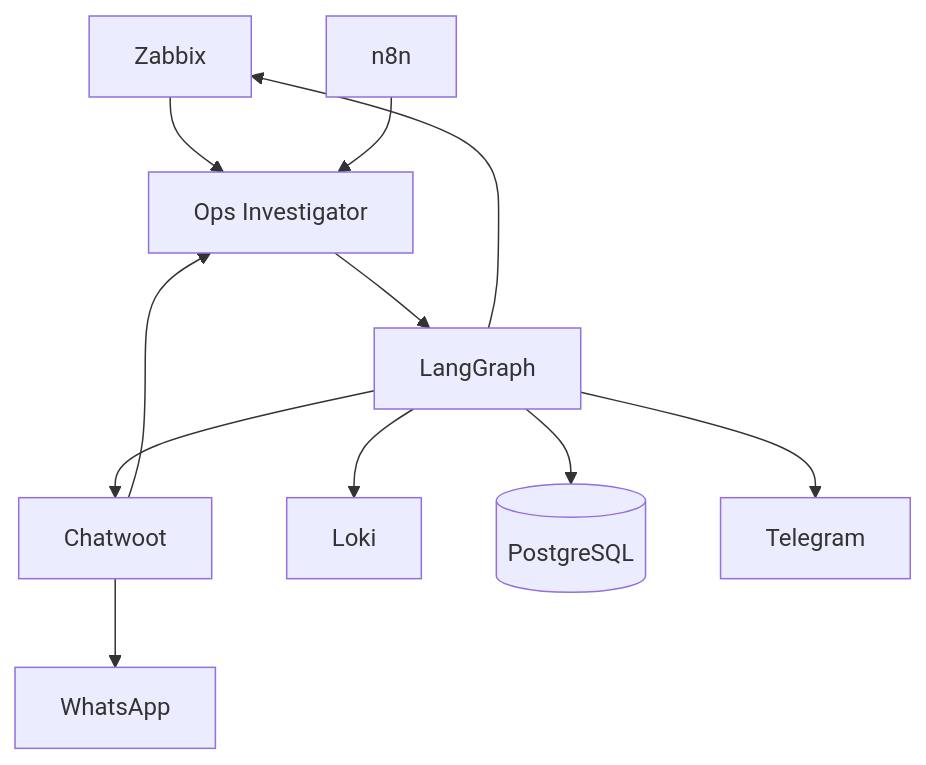
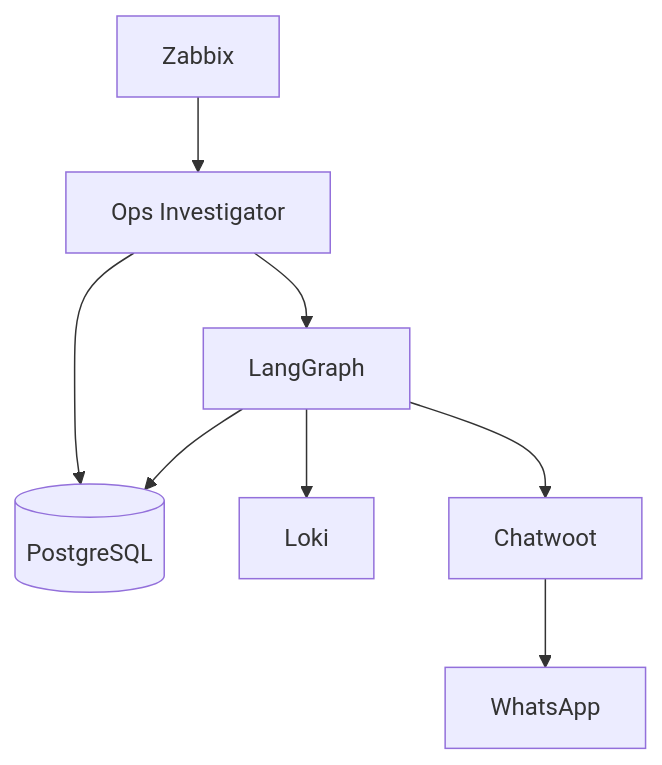
Before and after one commit to melo172n/ops-investigator: the second of 2 diagrams in README.md, drawn with Mermaid. The commit also changed other lines of this file and 6 other files, not shown here.

````diff
--- a/README.md
+++ b/README.md
@@ -58,13 +60,10 @@
 ```mermaid
 flowchart TD
     Z[Zabbix] --> API[Ops Investigator]
-    CW[Chatwoot] --> API
-    N8N[n8n] --> API
+    API --> DB[(PostgreSQL)]
     API --> LG[LangGraph]
     LG --> L[Loki]
-    LG --> Z
     LG --> DB[(PostgreSQL)]
-    LG --> CW
-    LG --> T[Telegram]
+    LG --> CW[Chatwoot]
     CW --> WA[WhatsApp]
 ```
````
